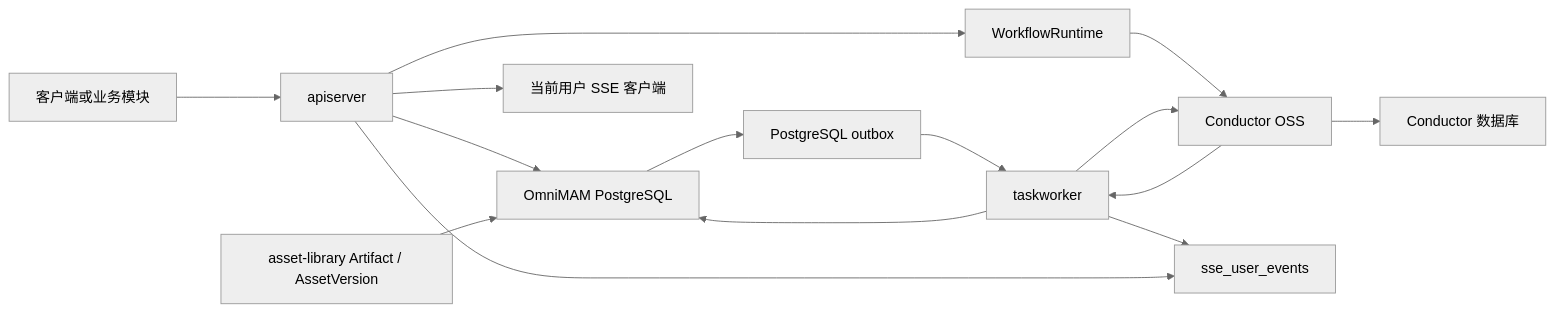
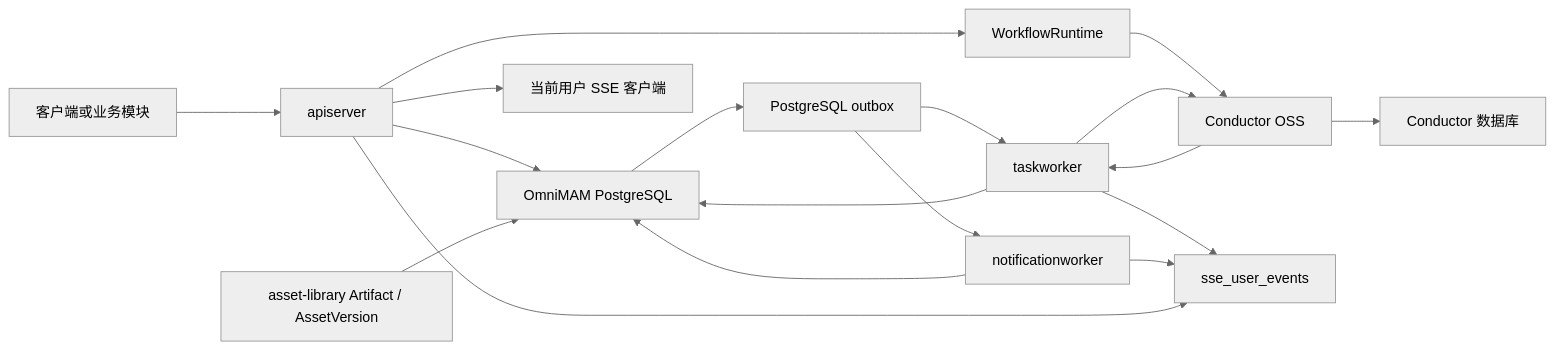
Before and after one commit to wangweihong/omnimam-server: the first of 5 diagrams in docs/guide/zh-CN/architecture/taskworker-apiserver-collaboration.md, drawn with Mermaid (neutral theme). The commit also changed other lines of this file and 56 other files, not shown here.

Commit message:
feat(notification): implement notification center worker

````diff
--- a/docs/guide/zh-CN/architecture/taskworker-apiserver-collaboration.md
+++ b/docs/guide/zh-CN/architecture/taskworker-apiserver-collaboration.md
@@ -9,17 +9,20 @@
 ```mermaid
 flowchart LR
   Client["客户端或业务模块"] --> API["apiserver"]
   API --> BusinessDB["OmniMAM PostgreSQL"]
   API --> Runtime["WorkflowRuntime"]
   Runtime --> Conductor["Conductor OSS"]
   Conductor --> ConductorDB["Conductor 数据库"]
   Conductor --> Worker["taskworker"]
   Worker --> BusinessDB
   Worker --> Conductor
+  NotificationWorker["notificationworker"] --> BusinessDB
   AssetFacts["asset-library Artifact / AssetVersion"] --> BusinessDB
   BusinessDB --> Outbox["PostgreSQL outbox"]
   Outbox --> Worker
+  Outbox --> NotificationWorker
   Worker --> UserEvents["sse_user_events"]
+  NotificationWorker --> UserEvents
   API --> UserEvents
   API --> SSEClient["当前用户 SSE 客户端"]
 ```
````
